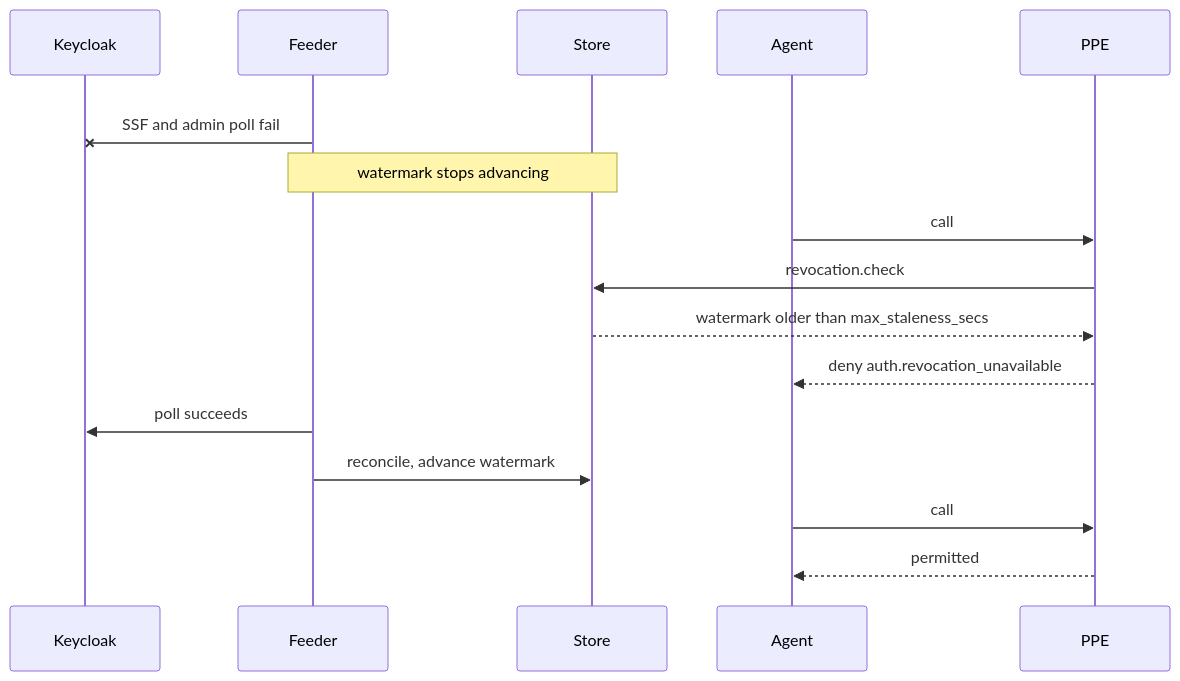
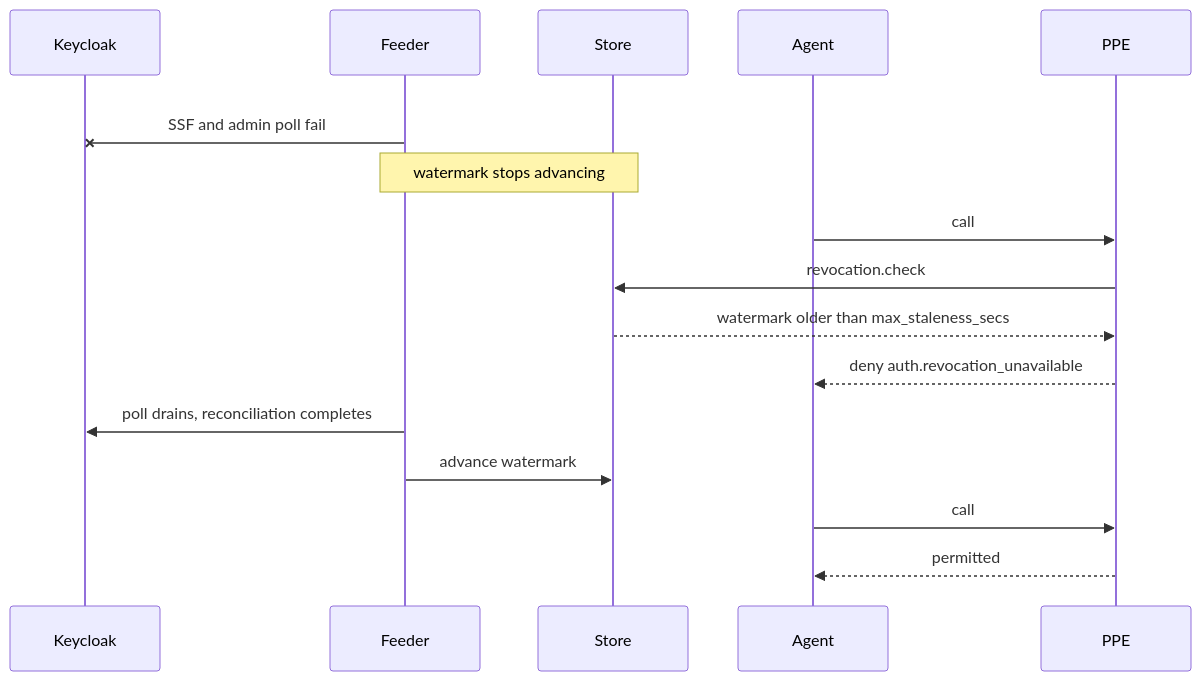
Before and after one commit to praxis-proxy/policy: the ninth of 9 diagrams in docs/brainstorms/2026-10-26-revocation-transaction-tokens-requirements.md, drawn with Mermaid. The commit also changed other lines of this file, not shown here.

Commit message:
docs(revocation): redefined definition of watermark to not rely on verification signal

````diff
--- a/docs/brainstorms/2026-10-26-revocation-transaction-tokens-requirements.md
+++ b/docs/brainstorms/2026-10-26-revocation-transaction-tokens-requirements.md
@@ -683,21 +686,21 @@
 ```mermaid
 %%{init: {"theme": "default", "themeVariables": {"background": "#ffffff"}}}%%
 sequenceDiagram
     participant K as Keycloak
     participant F as Feeder
     participant S as Store
     participant A as Agent
     participant P as PPE
     rect rgb(255, 255, 255)
         F-xK: SSF and admin poll fail
         Note over F,S: watermark stops advancing
         A->>P: call
         P->>S: revocation.check
         S-->>P: watermark older than max_staleness_secs
         P-->>A: deny auth.revocation_unavailable
-        F->>K: poll succeeds
-        F->>S: reconcile, advance watermark
+        F->>K: poll drains, reconciliation completes
+        F->>S: advance watermark
         A->>P: call
         P-->>A: permitted
     end
 ```
````
